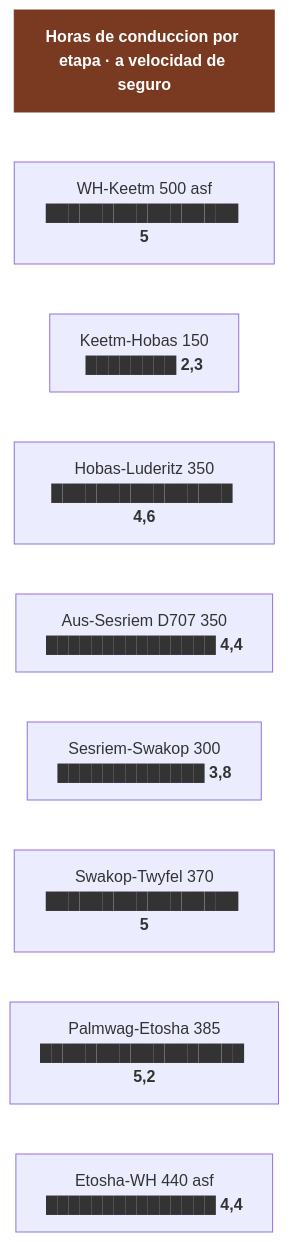
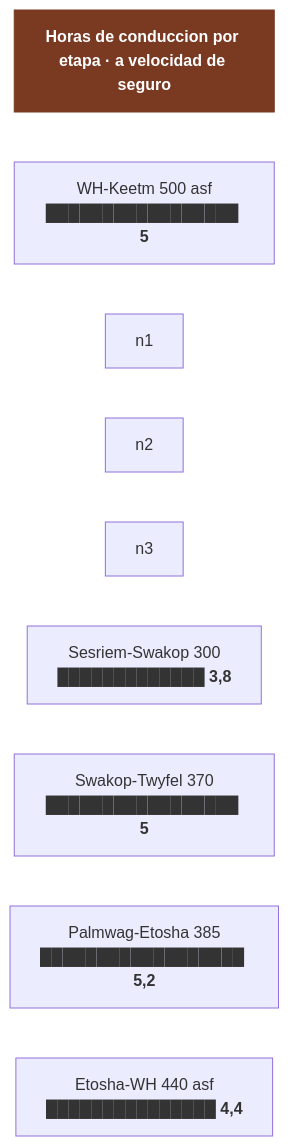
Before and after one commit to morandeirachema/namibia: the second of 2 diagrams in 13-itinerario.md, drawn with Mermaid. The commit also changed other lines of this file and 15 other files, not shown here.

````diff
--- a/13-itinerario.md
+++ b/13-itinerario.md
@@ -189,21 +169,18 @@
 ```mermaid
 flowchart TD
     T["<b>Horas de conduccion por etapa · a velocidad de seguro</b>"]
     n0["WH-Keetm 500 asf<br/>█████████████████ <b>5</b>"]
-    n1["Keetm-Hobas 150<br/>████████ <b>2,3</b>"]
-    n2["Hobas-Luderitz 350<br/>████████████████ <b>4,6</b>"]
-    n3["Aus-Sesriem D707 350<br/>███████████████ <b>4,4</b>"]
     n4["Sesriem-Swakop 300<br/>█████████████ <b>3,8</b>"]
     n5["Swakop-Twyfel 370<br/>█████████████████ <b>5</b>"]
     n6["Palmwag-Etosha 385<br/>██████████████████ <b>5,2</b>"]
     n7["Etosha-WH 440 asf<br/>███████████████ <b>4,4</b>"]
     T ~~~ n0
     n0 ~~~ n1
     n1 ~~~ n2
     n2 ~~~ n3
     n3 ~~~ n4
     n4 ~~~ n5
     n5 ~~~ n6
     n6 ~~~ n7
     style T fill:#7a3a22,color:#fff,stroke:#7a3a22
 ```
````
